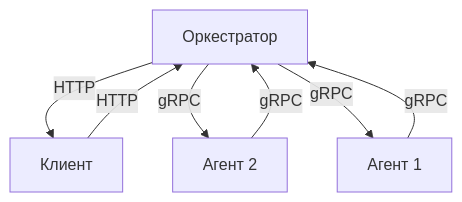
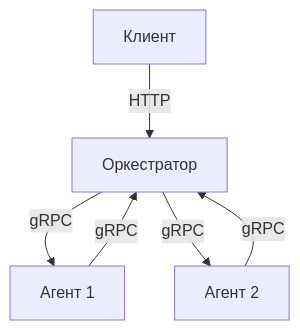
The diagram in README.md (lollmark/digital_calc), drawn with Mermaid before and after one commit. The commit also changed other lines of this file, not shown here.

````diff
--- a/README.md
+++ b/README.md
@@ -4,9 +5,8 @@
 ```mermaid
 graph TD
-  Orchestrator -->|HTTP| Client
+  Client[Клиент] -->|HTTP| Orchestrator[Оркестратор]
+  Orchestrator -->|gRPC| Agent1[Агент 1]
+  Orchestrator -->|gRPC| Agent2[Агент 2]
+  Agent1 -->|gRPC| Orchestrator
   Agent2 -->|gRPC| Orchestrator
-  Agent1 -->|gRPC| Orchestrator
-  Orchestrator -->|gRPC| Agent2[Агент 2]
-  Orchestrator -->|gRPC| Agent1[Агент 1]
-  Client[Клиент] -->|HTTP| Orchestrator[Оркестратор]
 ```
````
